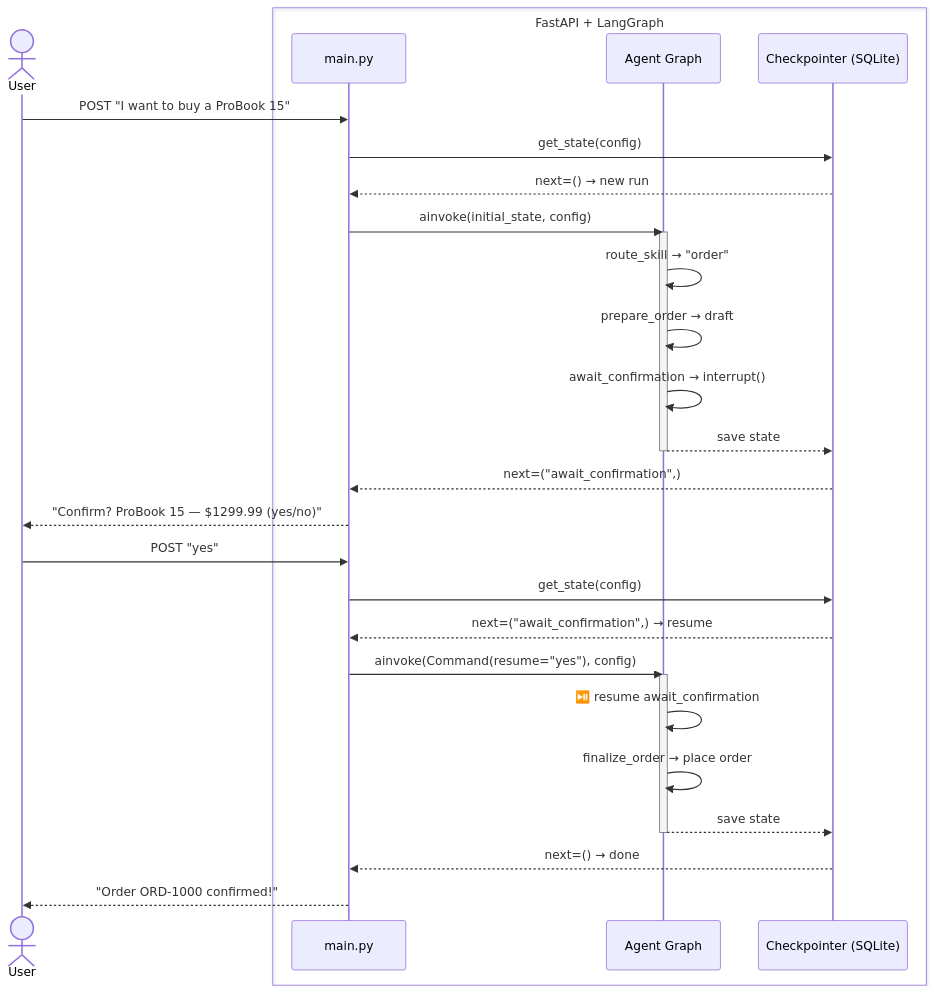
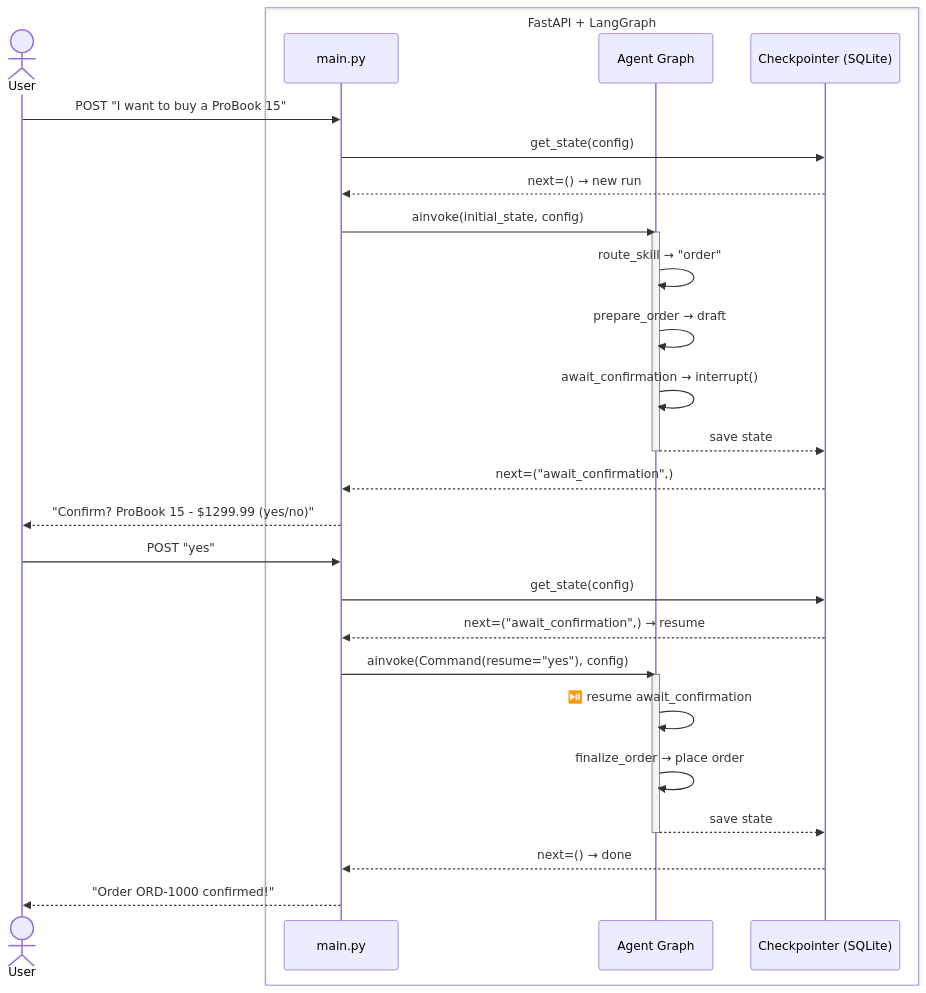
One commit to pcwieka/fastapi-langgraph-ai-agent changed the third of 3 diagrams in README.md. Above: the diagram before and after it, drawn with Mermaid. The commit also changed other lines of this file and 18 other files, not shown here.

````diff
--- a/README.md
+++ b/README.md
@@ -117,34 +117,34 @@
 ```mermaid
 sequenceDiagram
     actor User
     box FastAPI + LangGraph
         participant Main as main.py
         participant Graph as Agent Graph
         participant CP as Checkpointer (SQLite)
     end
 
     User->>Main: POST "I want to buy a ProBook 15"
     Main->>CP: get_state(config)
     CP-->>Main: next=() → new run
     Main->>Graph: ainvoke(initial_state, config)
     activate Graph
     Graph->>Graph: route_skill → "order"
     Graph->>Graph: prepare_order → draft
     Graph->>Graph: await_confirmation → interrupt()
     Graph-->>CP: save state
     deactivate Graph
     CP-->>Main: next=("await_confirmation",)
-    Main-->>User: "Confirm? ProBook 15 — $1299.99 (yes/no)"
+    Main-->>User: "Confirm? ProBook 15 - $1299.99 (yes/no)"
 
     User->>Main: POST "yes"
     Main->>CP: get_state(config)
     CP-->>Main: next=("await_confirmation",) → resume
     Main->>Graph: ainvoke(Command(resume="yes"), config)
     activate Graph
     Graph->>Graph: ⏯️ resume await_confirmation
     Graph->>Graph: finalize_order → place order
     Graph-->>CP: save state
     deactivate Graph
     CP-->>Main: next=() → done
     Main-->>User: "Order ORD-1000 confirmed!"
 ```
````
